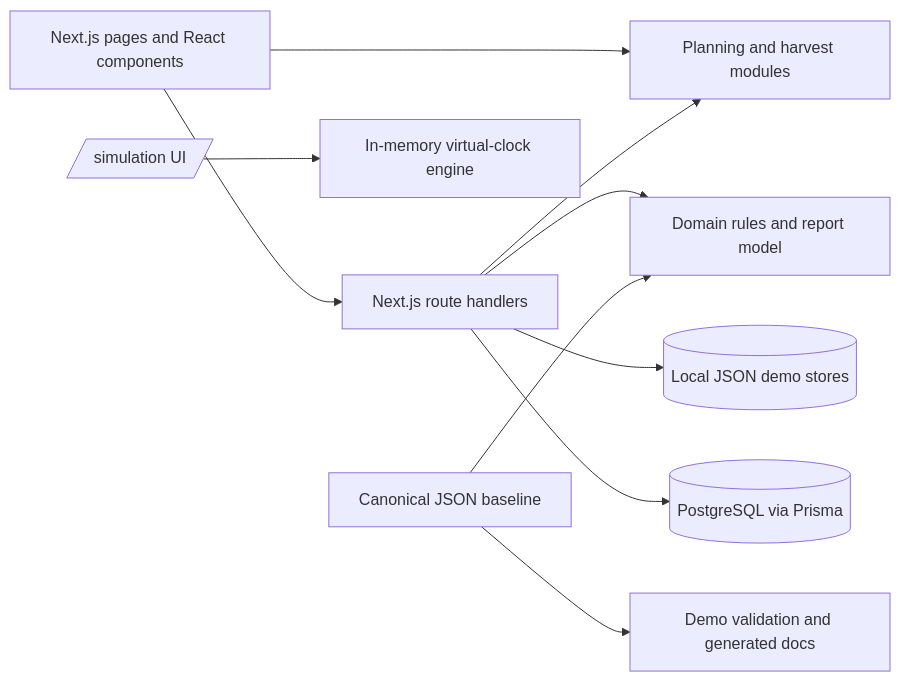
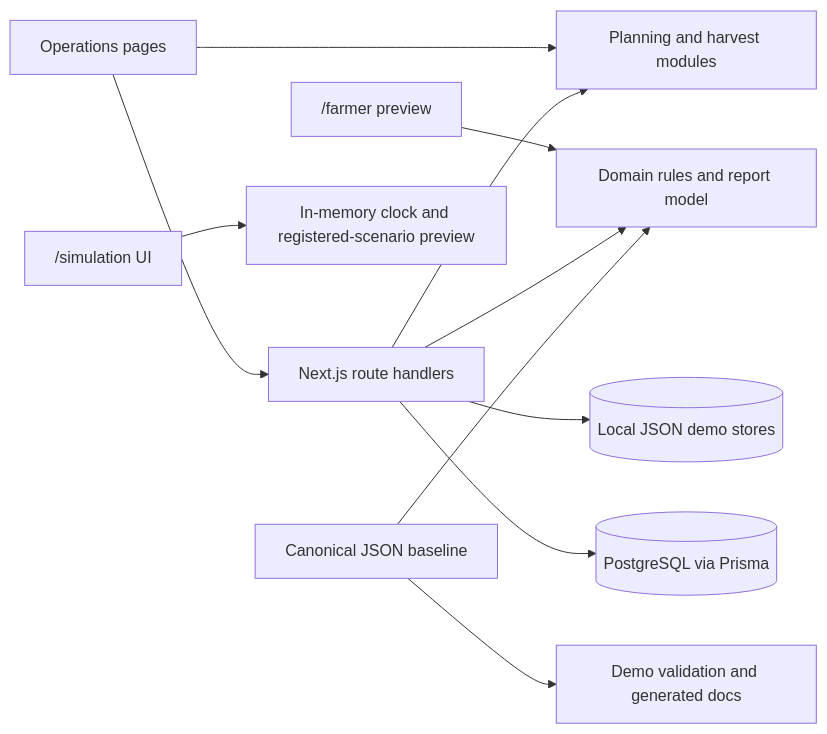
Before and after one commit to nikhi20-900/KhetSe: the diagram in README.md, drawn with Mermaid. The commit also changed other lines of this file and 30 other files, not shown here.

First line of the commit message:
feat: add the farmer desk preview beside the stored shipment report

````diff
--- a/README.md
+++ b/README.md
@@ -55,12 +76,13 @@
 ```mermaid
 flowchart LR
-  UI[Next.js pages and React components] --> API[Next.js route handlers]
+  FARMER["/farmer preview"] --> DOMAIN[Domain rules and report model]
+  UI[Operations pages] --> API[Next.js route handlers]
   UI --> PLAN[Planning and harvest modules]
   API --> PLAN
-  API --> DOMAIN[Domain rules and report model]
+  API --> DOMAIN
   API --> JSON[(Local JSON demo stores)]
   API --> DB[(PostgreSQL via Prisma)]
-  SIM[/simulation UI/] --> SIMENGINE[In-memory virtual-clock engine]
+  SIM["/simulation UI"] --> SIMENGINE[In-memory clock and registered-scenario preview]
   DATA[Canonical JSON baseline] --> DOCS[Demo validation and generated docs]
   DATA --> DOMAIN
 ```
````
